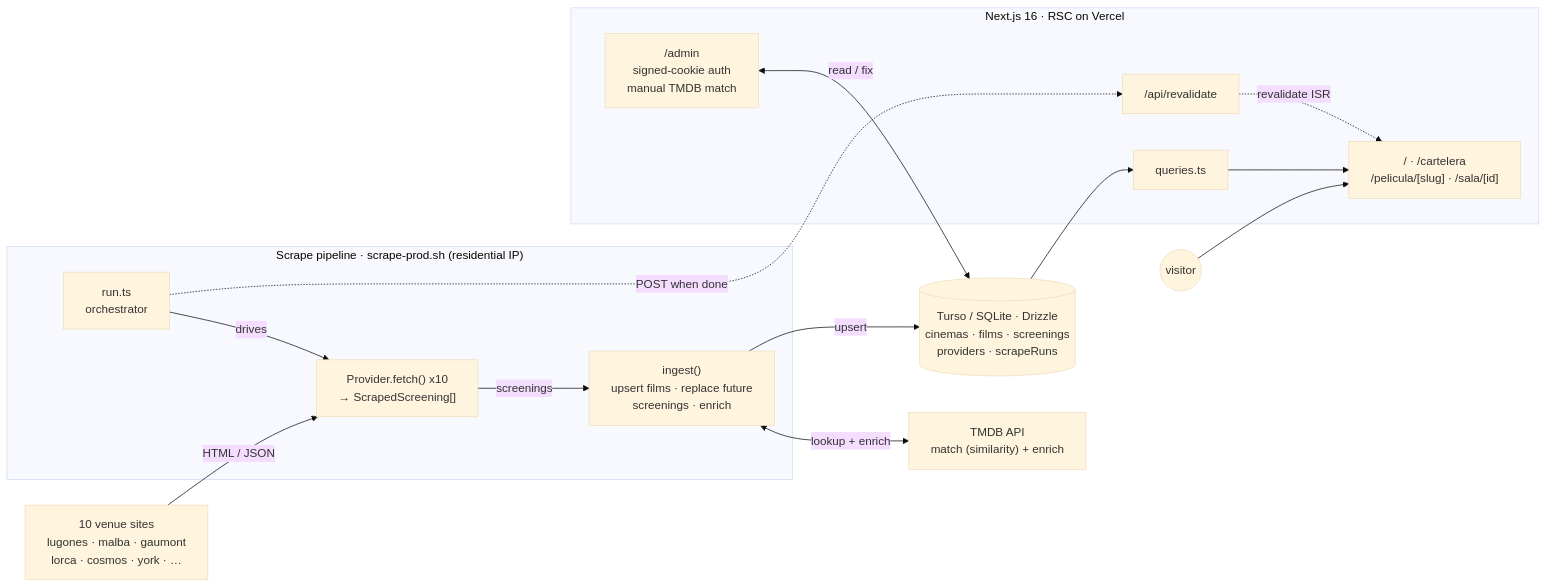
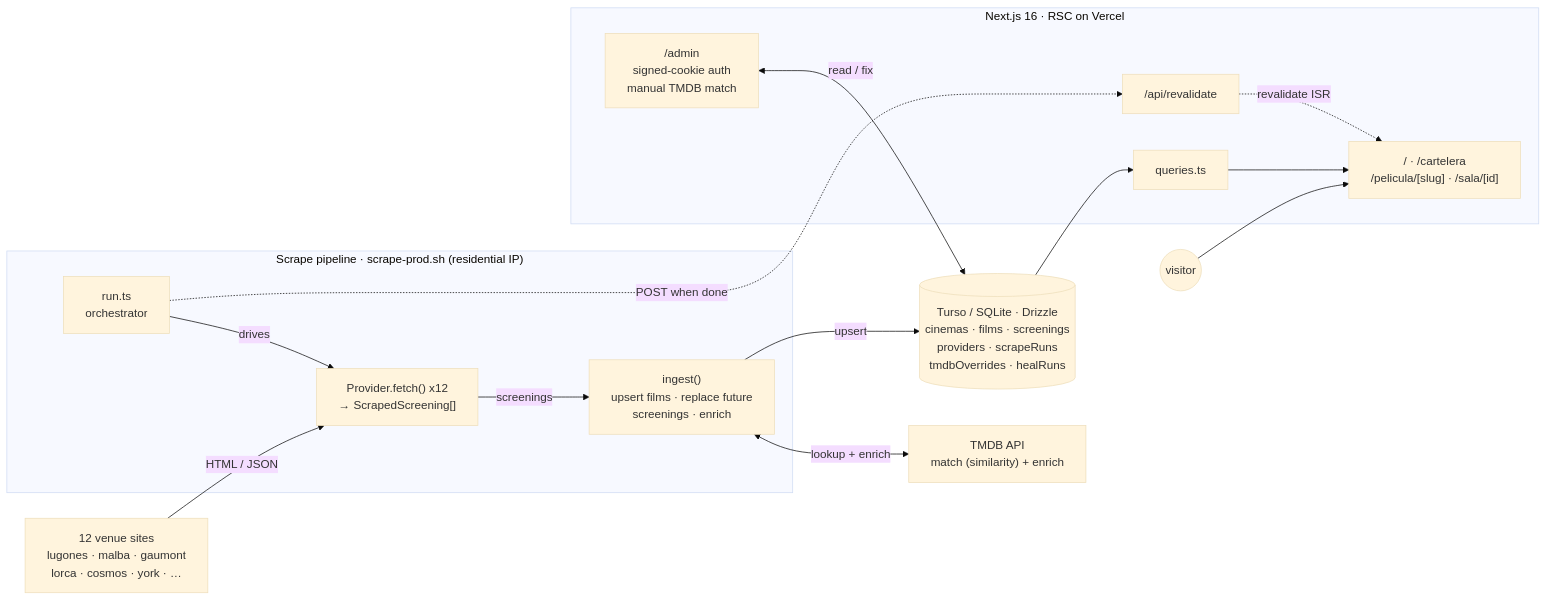
Before and after one commit to benjamindelasoie/afiche: the diagram in README.md, drawn with Mermaid (base theme). The commit also changed other lines of this file and 8 other files, not shown here.

````diff
--- a/README.md
+++ b/README.md
@@ -47,33 +49,33 @@
 ```mermaid
 graph LR
-  V["10 venue sites<br/>lugones · malba · gaumont<br/>lorca · cosmos · york · …"]
+  V["12 venue sites<br/>lugones · malba · gaumont<br/>lorca · cosmos · york · …"]
 
   subgraph pipeline["Scrape pipeline · scrape-prod.sh (residential IP)"]
     R["run.ts<br/>orchestrator"]
-    P["Provider.fetch() x10<br/>→ ScrapedScreening[]"]
+    P["Provider.fetch() x12<br/>→ ScrapedScreening[]"]
     I["ingest()<br/>upsert films · replace future<br/>screenings · enrich"]
   end
 
   TMDB["TMDB API<br/>match (similarity) + enrich"]
-  D[("Turso / SQLite · Drizzle<br/>cinemas · films · screenings<br/>providers · scrapeRuns")]
+  D[("Turso / SQLite · Drizzle<br/>cinemas · films · screenings<br/>providers · scrapeRuns<br/>tmdbOverrides · healRuns")]
 
   subgraph web["Next.js 16 · RSC on Vercel"]
     Q["queries.ts"]
     PAGES["/ · /cartelera<br/>/pelicula/[slug] · /sala/[id]"]
     ADMIN["/admin<br/>signed-cookie auth<br/>manual TMDB match"]
     REV["/api/revalidate"]
   end
 
   U(("visitor"))
 
   V -->|HTML / JSON| P
   R -->|drives| P
   P -->|screenings| I
   I <-->|lookup + enrich| TMDB
   I -->|upsert| D
   R -.->|POST when done| REV
   REV -.->|revalidate ISR| PAGES
   D --> Q --> PAGES
   ADMIN <-->|read / fix| D
   U --> PAGES
 ```
````
